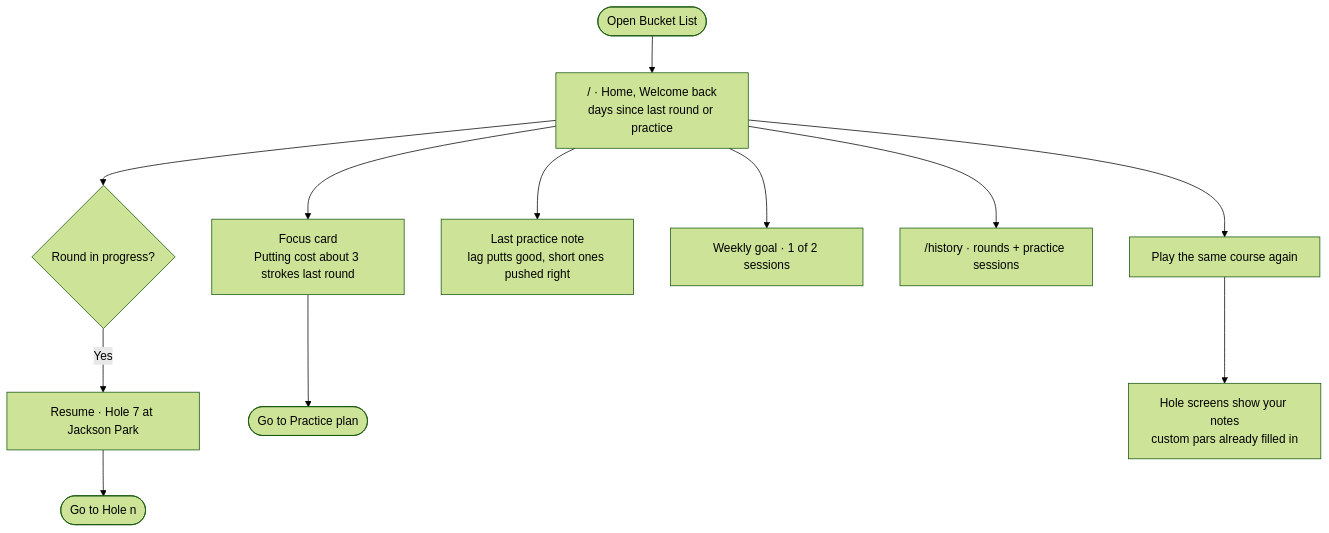
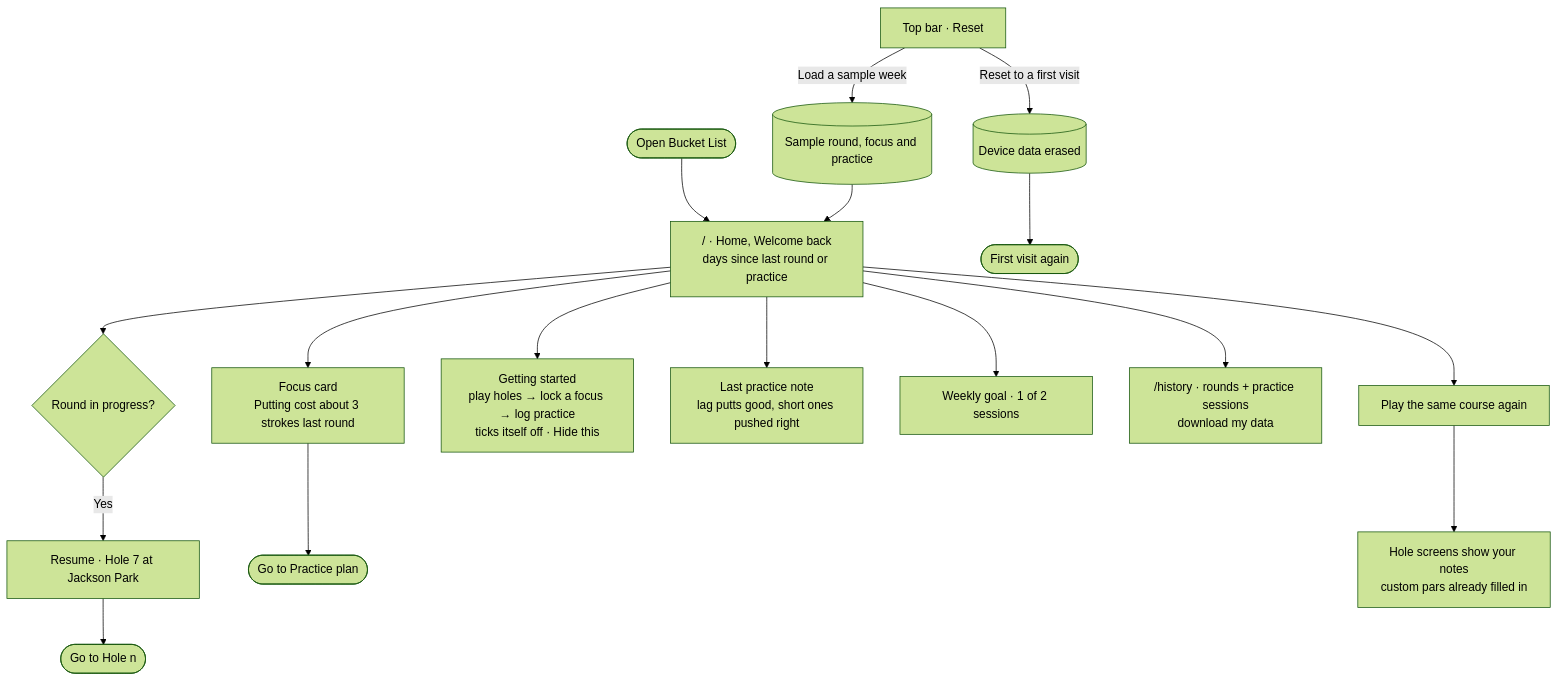
The fifth of 5 diagrams in README.md (apham799/DesignBuildShip_Assignment3), drawn with Mermaid (forest theme) before and after one commit. The commit also changed other lines of this file and 1 other file, not shown here.

First line of the commit message:
Update flow diagrams for the new onboarding

````diff
--- a/README.md
+++ b/README.md
@@ -81,14 +117,20 @@
 ```mermaid
 flowchart TD
   open(["Open Bucket List"]) --> wb["/ · Home, Welcome back<br/>days since last round or practice"]
   wb --> inprog{"Round in progress?"}
   inprog -- "Yes" --> resume["Resume · Hole 7 at Jackson Park"]
   resume --> hole(["Go to Hole n"])
   wb --> focus["Focus card<br/>Putting cost about 3 strokes last round"]
   focus --> plan(["Go to Practice plan"])
+  wb --> checklist["Getting started<br/>play holes → lock a focus → log practice<br/>ticks itself off · Hide this"]
   wb --> note["Last practice note<br/>lag putts good, short ones pushed right"]
   wb --> goal["Weekly goal · 1 of 2 sessions"]
-  wb --> hist["/history · rounds + practice sessions"]
+  wb --> hist["/history · rounds + practice sessions<br/>download my data"]
   wb --> again["Play the same course again"]
   again --> notes["Hole screens show your notes<br/>custom pars already filled in"]
+
+  menu["Top bar · Reset"] -- "Reset to a first visit" --> erase[("Device data erased")]
+  erase --> first(["First visit again"])
+  menu -- "Load a sample week" --> sample[("Sample round, focus and practice")]
+  sample --> wb
 ```
````
